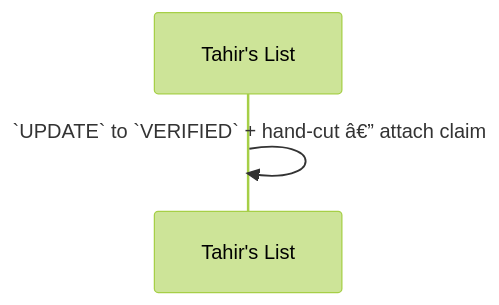
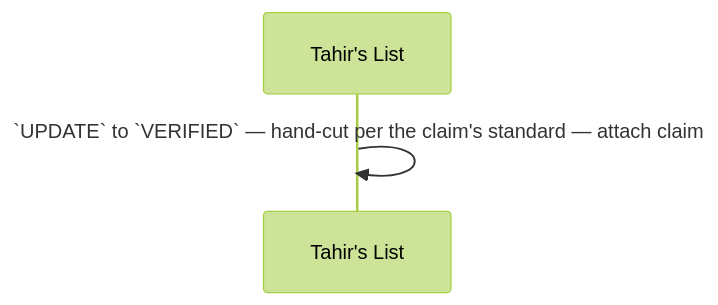
Before and after one commit to Losers-Lab/tahirs-list: the fourth of 7 diagrams in docs/features/SC-211/04-blackbox/UC-03-load-reviewed-batch.md, drawn with Mermaid (forest theme). The commit also changed other lines of this file and 12 other files, not shown here.

Commit message:
[SC-211] Decouple hand-cut from tier

````diff
--- a/docs/features/SC-211/04-blackbox/UC-03-load-reviewed-batch.md
+++ b/docs/features/SC-211/04-blackbox/UC-03-load-reviewed-batch.md
@@ -38,5 +38,5 @@
 ```mermaid
 sequenceDiagram
   participant TL as Tahir's List
-  TL->>TL: `UPDATE` to `VERIFIED` + hand-cut â€” attach claim
+  TL->>TL: `UPDATE` to `VERIFIED` — hand-cut per the claim's standard — attach claim
 ```
````
